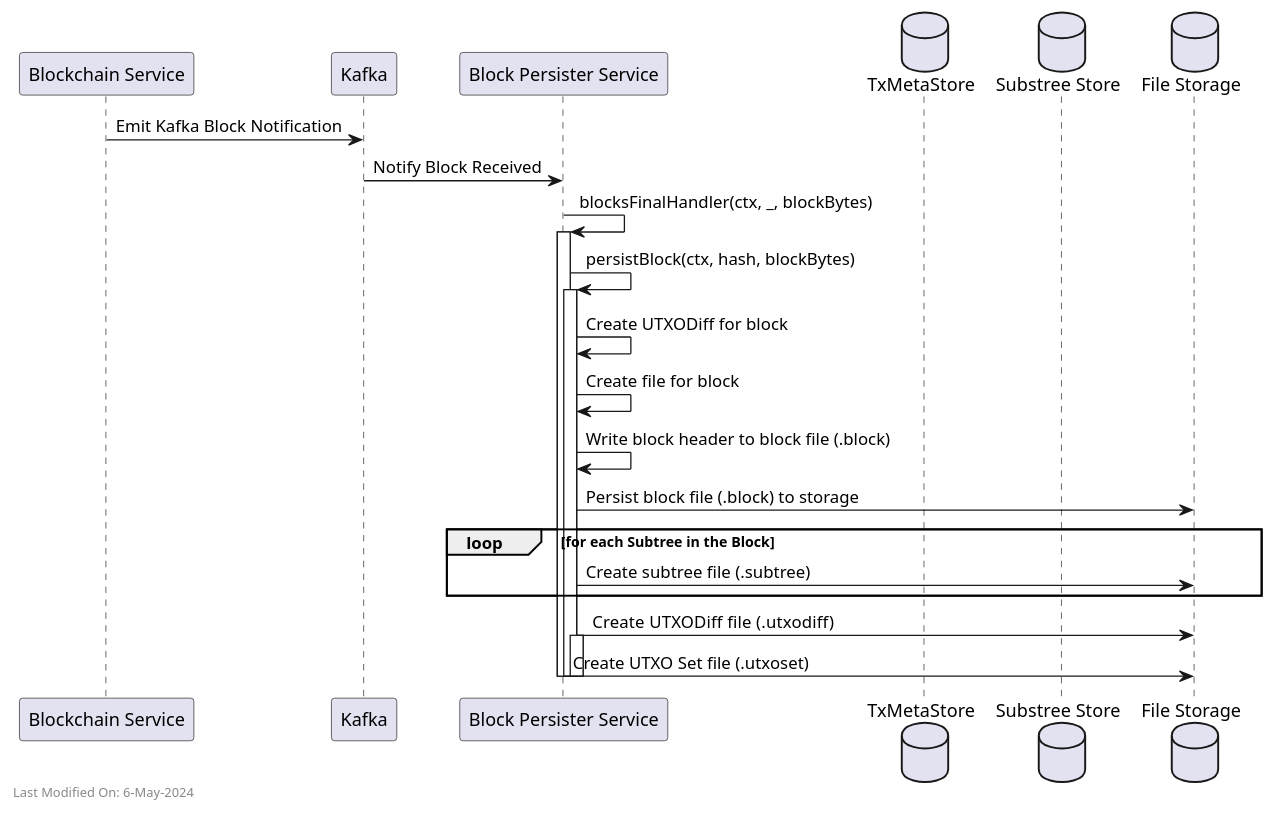
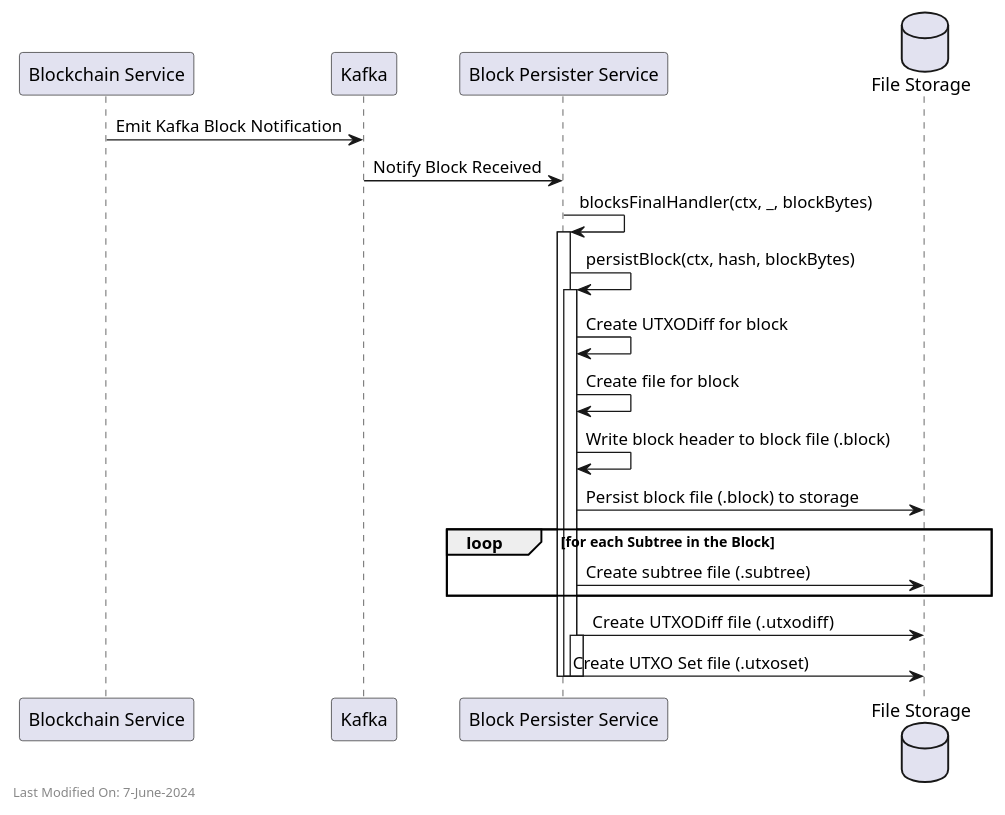
Before and after one commit to freemans13/teranode: the diagram in docs/services/img/plantuml/blockpersister/block_persister_receive_new_blocks.puml, drawn with PlantUML. The commit also changed 4 other files, not shown here.

```diff
--- a/docs/services/img/plantuml/blockpersister/block_persister_receive_new_blocks.puml
+++ b/docs/services/img/plantuml/blockpersister/block_persister_receive_new_blocks.puml
@@ -1,40 +1,37 @@
 @startuml
 participant "Blockchain Service" as Blockchain
 participant "Kafka" as Kafka
 participant "Block Persister Service" as BlockPersister
-database "TxMetaStore" as TMS
-database "Substree Store" as SubtreeStore
-database "Substree Store" as SubtreeStore
 database "File Storage" as FileStorage
 
 Blockchain -> Kafka: Emit Kafka Block Notification
 Kafka -> BlockPersister: Notify Block Received
 BlockPersister -> BlockPersister: blocksFinalHandler(ctx, _, blockBytes)
 activate BlockPersister
 BlockPersister -> BlockPersister: persistBlock(ctx, hash, blockBytes)
 activate BlockPersister
 BlockPersister -> BlockPersister: Create UTXODiff for block
 
 
 BlockPersister -> BlockPersister: Create file for block
 BlockPersister -> BlockPersister: Write block header to block file (.block)
 BlockPersister -> FileStorage: Persist block file (.block) to storage
 
 loop for each Subtree in the Block
     BlockPersister -> FileStorage: Create subtree file (.subtree)
 end
 
 BlockPersister -> FileStorage: Create UTXODiff file  (.utxodiff)
 
 activate BlockPersister
 BlockPersister -> FileStorage: Create UTXO Set file (.utxoset)
 deactivate BlockPersister
 
 
 deactivate BlockPersister
 deactivate BlockPersister
 
 
-left footer Last Modified On: 6-May-2024
+left footer Last Modified On: 7-June-2024
 
 @enduml
```
